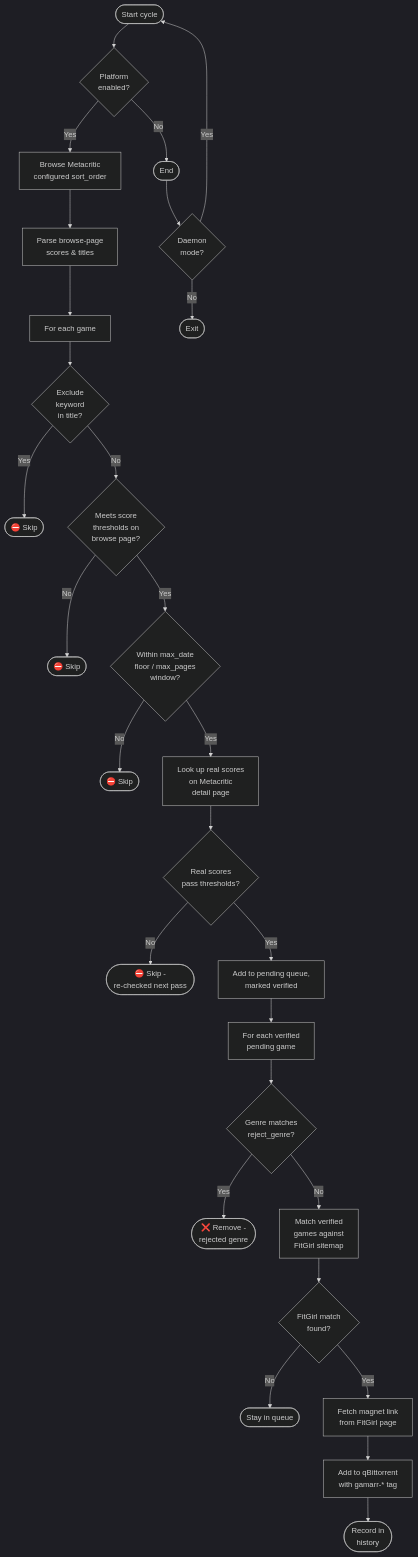
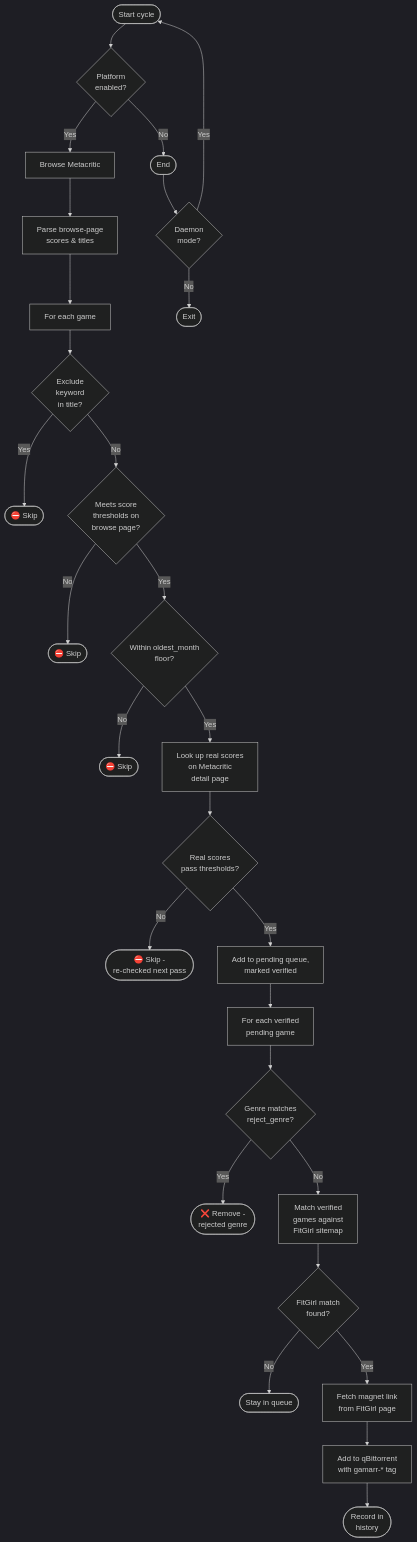
Before and after one commit to binhex/gamarr: the diagram in README.md, drawn with Mermaid (dark theme). The commit also changed other lines of this file and 18 other files, not shown here.

````diff
--- a/README.md
+++ b/README.md
@@ -279,33 +329,33 @@
 ```mermaid
 flowchart TD
     A([Start cycle]) --> B{Platform\nenabled?}
     B -- No --> END([End])
-    B -- Yes --> C[Browse Metacritic\nconfigured sort_order]
+    B -- Yes --> C[Browse Metacritic]
     C --> D[Parse browse-page\nscores & titles]
     D --> E[For each game]
     E --> F{Exclude\nkeyword\nin title?}
     F -- Yes --> SKIP1([⛔ Skip])
     F -- No --> G{Meets score\nthresholds on\nbrowse page?}
     G -- No --> SKIP2([⛔ Skip])
-    G -- Yes --> H{Within max_date\nfloor / max_pages\nwindow?}
+    G -- Yes --> H{Within oldest_month\nfloor?}
     H -- No --> SKIP3([⛔ Skip])
     H -- Yes --> K[Look up real scores\non Metacritic\ndetail page]
 
     K --> M{Real scores\npass thresholds?}
     M -- No --> SKIP4([⛔ Skip -\nre-checked next pass])
     M -- Yes --> I[Add to pending queue,\nmarked verified]
 
     I --> J[For each verified\npending game]
     J --> L{Genre matches\nreject_genre?}
     L -- Yes --> FAIL1([❌ Remove -\nrejected genre])
     L -- No --> Q[Match verified\ngames against\nFitGirl sitemap]
     Q --> R{FitGirl match\nfound?}
     R -- No --> STAY([Stay in queue])
     R -- Yes --> S[Fetch magnet link\nfrom FitGirl page]
     S --> T[Add to qBittorrent\nwith gamarr-* tag]
     T --> U([Record in\nhistory])
 
     END --> V{Daemon\nmode?}
     V -- Yes --> A
     V -- No --> W([Exit])
 ```
````
